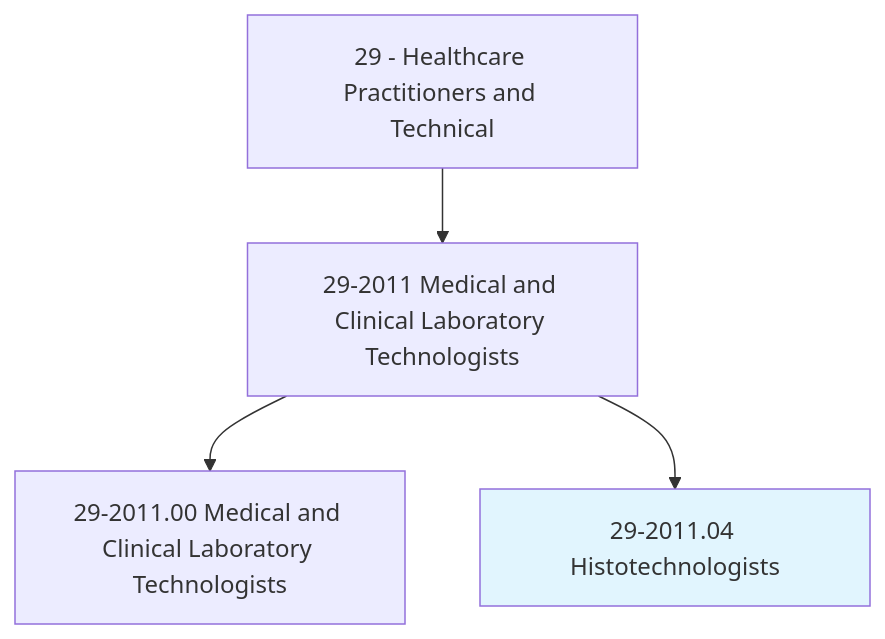
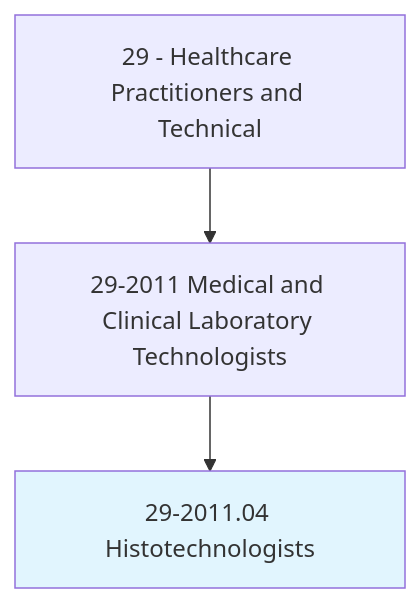
Before and after one commit to kziemski/business.org.ai: the first of 4 diagrams in occupations/HealthcarePractitioners/Histotechnologists.mdx, drawn with Mermaid. The commit also changed other lines of this file and 938 other files, not shown here.

````diff
--- a/occupations/HealthcarePractitioners/Histotechnologists.mdx
+++ b/occupations/HealthcarePractitioners/Histotechnologists.mdx
@@ -19,7 +23,6 @@
 ```mermaid
 graph TD
     Cat29["29 - Healthcare Practitioners and Technical"] --> Group292011["29-2011 Medical and Clinical Laboratory Technologists"]
-    Group292011 --> Base["29-2011.00 Medical and Clinical Laboratory Technologists"]
     Group292011 --> Current["29-2011.04 Histotechnologists"]
     style Current fill:#e1f5fe
 ```
````
